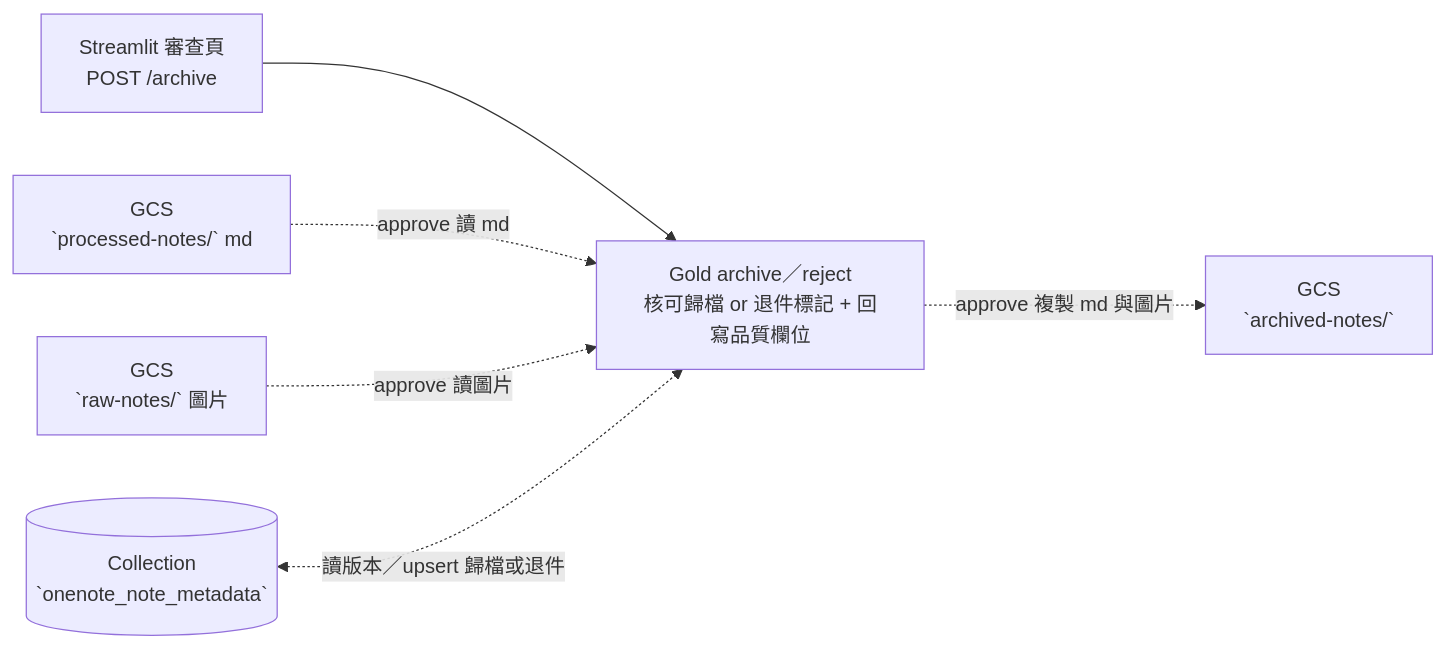
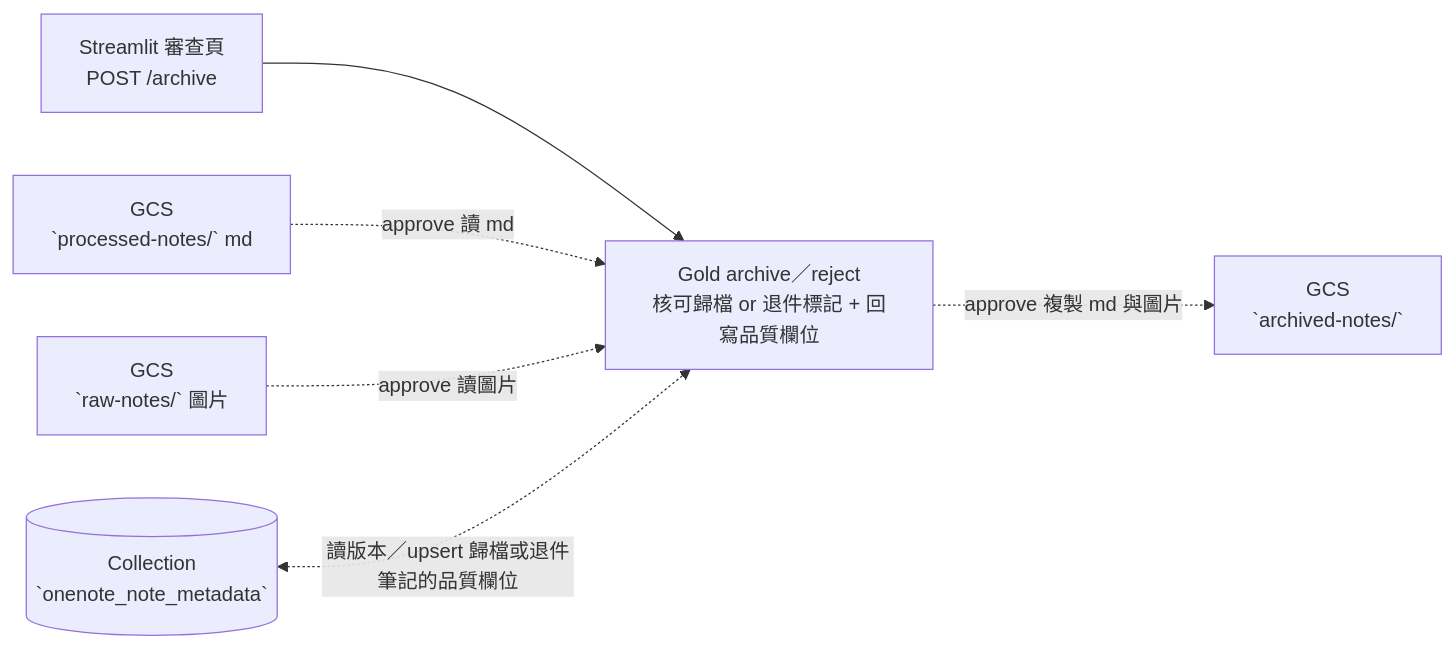
The diagram in task07_gold_service/README.md (Jessie-Lin-810630/personnel_skill_library), drawn with Mermaid before and after one commit. The commit also changed other lines of this file, not shown here.

Commit message:
docs:revise task07 gold README schema fields, date types and value-source attribution

````diff
--- a/task07_gold_service/README.md
+++ b/task07_gold_service/README.md
@@ -37,8 +37,8 @@
 ```mermaid
 flowchart LR
     UI[Streamlit 審查頁<br/>POST /archive] --> G[Gold archive／reject<br/>核可歸檔 or 退件標記 + 回寫品質欄位]
     Proc[GCS<br/>`processed-notes/` md] -. approve 讀 md .-> G
     Raw[GCS<br/>`raw-notes/` 圖片] -. approve 讀圖片 .-> G
     G -. approve 複製 md 與圖片 .-> Arch[GCS<br/>`archived-notes/`]
-    C3[(Collection<br/>`onenote_note_metadata`)] <-. 讀版本／upsert 歸檔或退件 .-> G
+    C3[(Collection<br/>`onenote_note_metadata`)] <-. 讀版本／upsert 歸檔或退件筆記的品質欄位 .-> G
 ```
````
